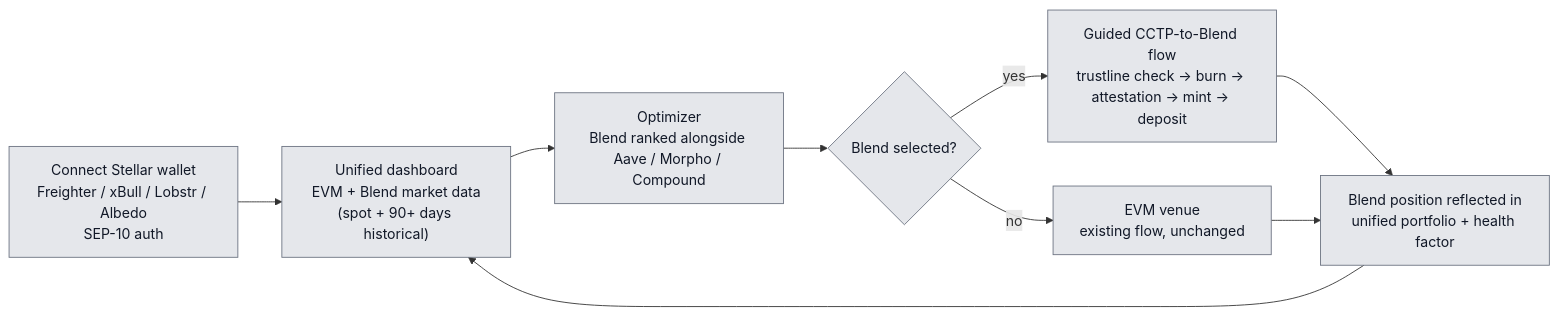
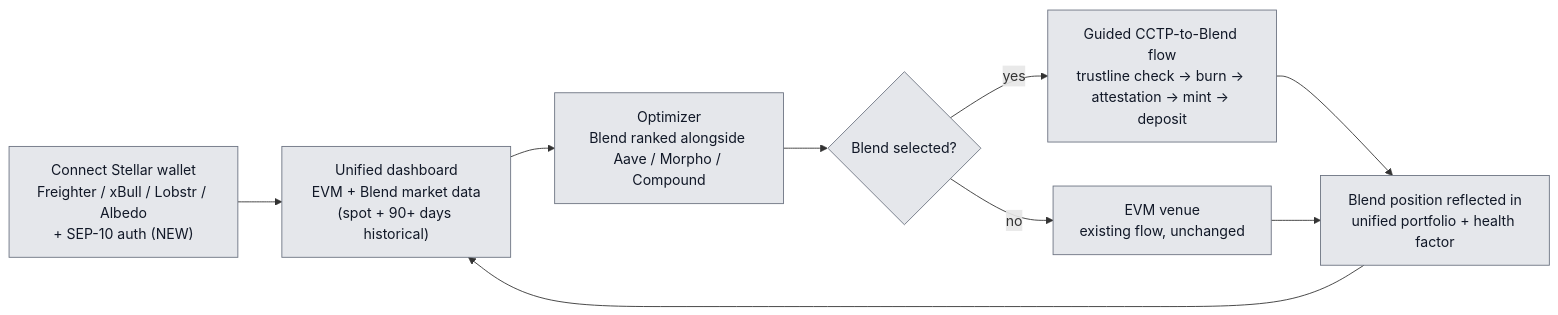
One commit to cedricmagne/lendwise changed the sixth of 6 diagrams in docs/architecture-stellar-integration.md. Above: the diagram before and after it, drawn with Mermaid. The commit also changed other lines of this file and 1 other file, not shown here.

Commit message:
chore: update architecture stellar & bland diagram

````diff
--- a/docs/architecture-stellar-integration.md
+++ b/docs/architecture-stellar-integration.md
@@ -305,14 +336,14 @@
 ```mermaid
 flowchart LR
-    A["Connect Stellar wallet<br/>Freighter / xBull / Lobstr / Albedo<br/>SEP-10 auth"] --> B["Unified dashboard<br/>EVM + Blend market data<br/>(spot + 90+ days historical)"]
+    A["Connect Stellar wallet<br/>Freighter / xBull / Lobstr / Albedo<br/>+ SEP-10 auth (NEW)"] --> B["Unified dashboard<br/>EVM + Blend market data<br/>(spot + 90+ days historical)"]
     B --> C["Optimizer<br/>Blend ranked alongside Aave / Morpho / Compound"]
     C --> D{"Blend selected?"}
     D -->|"yes"| E["Guided CCTP-to-Blend flow<br/>trustline check → burn → attestation → mint → deposit"]
     D -->|"no"| F["EVM venue<br/>existing flow, unchanged"]
     E --> G["Blend position reflected in<br/>unified portfolio + health factor"]
     F --> G
     G --> B
 
     classDef core fill:#e5e7eb,stroke:#6b7280,color:#111827;
     class A,B,C,D,E,F,G core;
 ```
````
